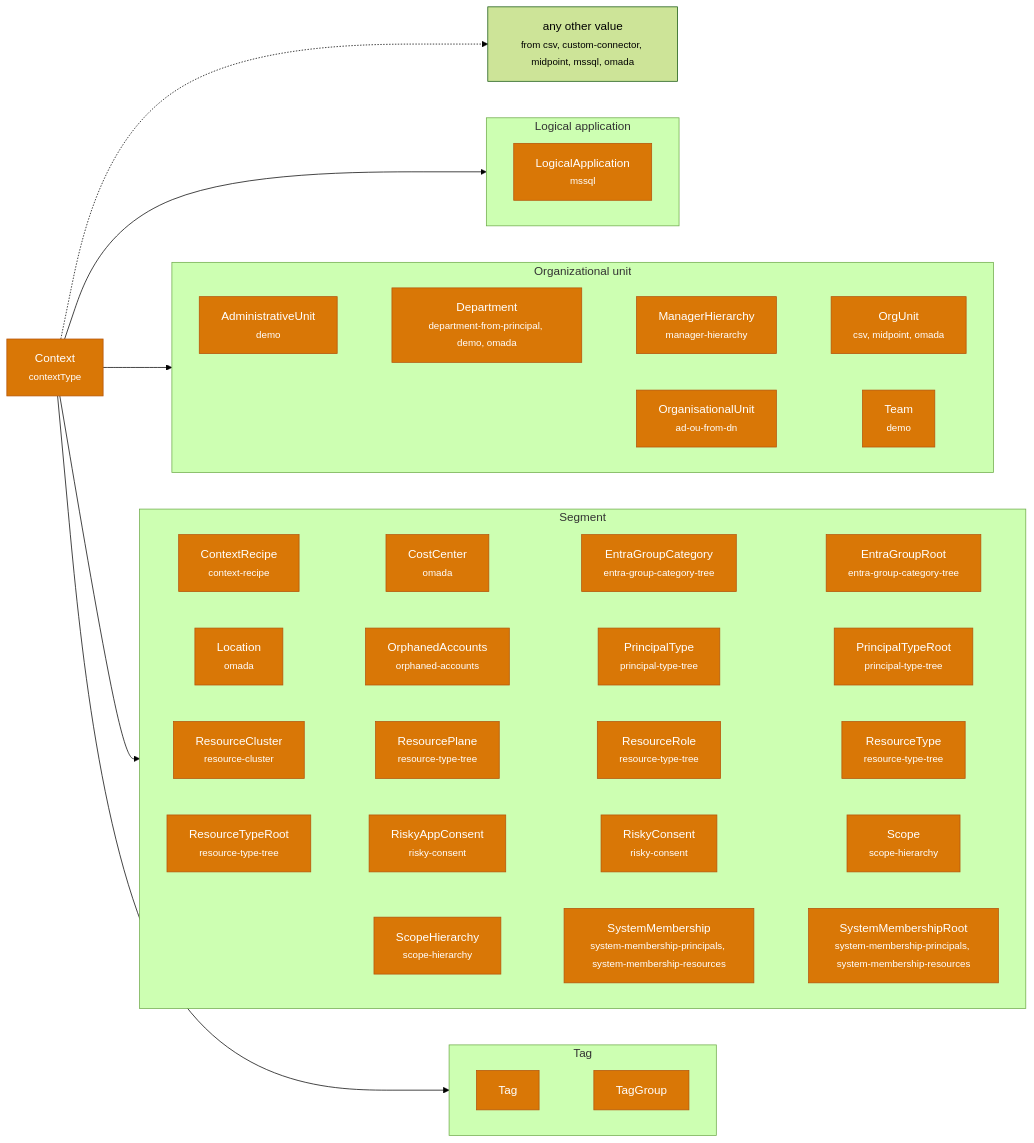
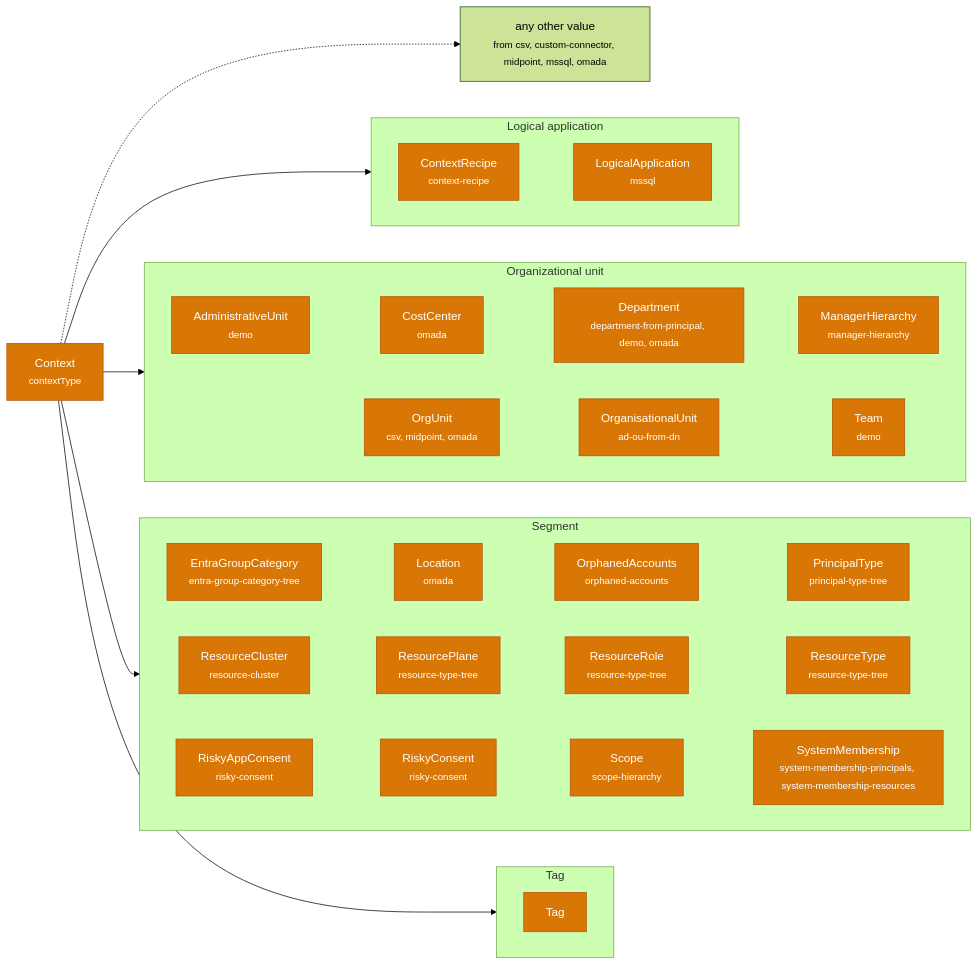
The fourth of 5 diagrams in docs/concepts/ontology.md (DerKodex-Repo-Curator/IdentityAtlas), drawn with Mermaid (forest theme) before and after one commit. The commit also changed other lines of this file and 106 other files, not shown here.

````diff
--- a/docs/concepts/ontology.md
+++ b/docs/concepts/ontology.md
@@ -212,59 +223,51 @@
 ```mermaid
 flowchart LR
     root["Context<br/><small>contextType</small>"]:::Context
     subgraph g_LogicalApplicationContext["Logical application"]
       direction LR
+      t_ContextRecipe["ContextRecipe<br/><small>context-recipe</small>"]:::Context
       t_LogicalApplication["LogicalApplication<br/><small>mssql</small>"]:::Context
+      t_ContextRecipe ~~~ t_LogicalApplication
     end
     subgraph g_OrganizationalUnit["Organizational unit"]
       direction LR
       t_AdministrativeUnit["AdministrativeUnit<br/><small>demo</small>"]:::Context
+      t_CostCenter["CostCenter<br/><small>omada</small>"]:::Context
       t_Department["Department<br/><small>department-from-principal, demo, omada</small>"]:::Context
       t_ManagerHierarchy["ManagerHierarchy<br/><small>manager-hierarchy</small>"]:::Context
       t_OrgUnit["OrgUnit<br/><small>csv, midpoint, omada</small>"]:::Context
       t_OrganisationalUnit["OrganisationalUnit<br/><small>ad-ou-from-dn</small>"]:::Context
       t_Team["Team<br/><small>demo</small>"]:::Context
-      t_AdministrativeUnit ~~~ t_Department ~~~ t_ManagerHierarchy ~~~ t_OrgUnit
-      t_OrganisationalUnit ~~~ t_Team
+      t_AdministrativeUnit ~~~ t_CostCenter ~~~ t_Department ~~~ t_ManagerHierarchy
+      t_OrgUnit ~~~ t_OrganisationalUnit ~~~ t_Team
     end
     subgraph g_Segment["Segment"]
       direction LR
-      t_ContextRecipe["ContextRecipe<br/><small>context-recipe</small>"]:::Context
-      t_CostCenter["CostCenter<br/><small>omada</small>"]:::Context
       t_EntraGroupCategory["EntraGroupCategory<br/><small>entra-group-category-tree</small>"]:::Context
-      t_EntraGroupRoot["EntraGroupRoot<br/><small>entra-group-category-tree</small>"]:::Context
       t_Location["Location<br/><small>omada</small>"]:::Context
       t_OrphanedAccounts["OrphanedAccounts<br/><small>orphaned-accounts</small>"]:::Context
       t_PrincipalType["PrincipalType<br/><small>principal-type-tree</small>"]:::Context
-      t_PrincipalTypeRoot["PrincipalTypeRoot<br/><small>principal-type-tree</small>"]:::Context
       t_ResourceCluster["ResourceCluster<br/><small>resource-cluster</small>"]:::Context
       t_ResourcePlane["ResourcePlane<br/><small>resource-type-tree</small>"]:::Context
       t_ResourceRole["ResourceRole<br/><small>resource-type-tree</small>"]:::Context
       t_ResourceType["ResourceType<br/><small>resource-type-tree</small>"]:::Context
-      t_ResourceTypeRoot["ResourceTypeRoot<br/><small>resource-type-tree</small>"]:::Context
       t_RiskyAppConsent["RiskyAppConsent<br/><small>risky-consent</small>"]:::Context
       t_RiskyConsent["RiskyConsent<br/><small>risky-consent</small>"]:::Context
       t_Scope["Scope<br/><small>scope-hierarchy</small>"]:::Context
-      t_ScopeHierarchy["ScopeHierarchy<br/><small>scope-hierarchy</small>"]:::Context
       t_SystemMembership["SystemMembership<br/><small>system-membership-principals, system-membership-resources</small>"]:::Context
-      t_SystemMembershipRoot["SystemMembershipRoot<br/><small>system-membership-principals, system-membership-resources</small>"]:::Context
-      t_ContextRecipe ~~~ t_CostCenter ~~~ t_EntraGroupCategory ~~~ t_EntraGroupRoot
-      t_Location ~~~ t_OrphanedAccounts ~~~ t_PrincipalType ~~~ t_PrincipalTypeRoot
+      t_EntraGroupCategory ~~~ t_Location ~~~ t_OrphanedAccounts ~~~ t_PrincipalType
       t_ResourceCluster ~~~ t_ResourcePlane ~~~ t_ResourceRole ~~~ t_ResourceType
-      t_ResourceTypeRoot ~~~ t_RiskyAppConsent ~~~ t_RiskyConsent ~~~ t_Scope
-      t_ScopeHierarchy ~~~ t_SystemMembership ~~~ t_SystemMembershipRoot
+      t_RiskyAppConsent ~~~ t_RiskyConsent ~~~ t_Scope ~~~ t_SystemMembership
     end
     subgraph g_TagContext["Tag"]
       direction LR
       t_Tag["Tag"]:::Context
-      t_TagGroup["TagGroup"]:::Context
-      t_Tag ~~~ t_TagGroup
     end
     root --> g_LogicalApplicationContext
     root --> g_OrganizationalUnit
     root --> g_Segment
     root --> g_TagContext
     other["any other value<br/><small>from csv, custom-connector, midpoint, mssql, omada</small>"]
     root -.-> other
     classDef Context fill:#d97706,stroke:#b45309,color:#fff
 ```
````
